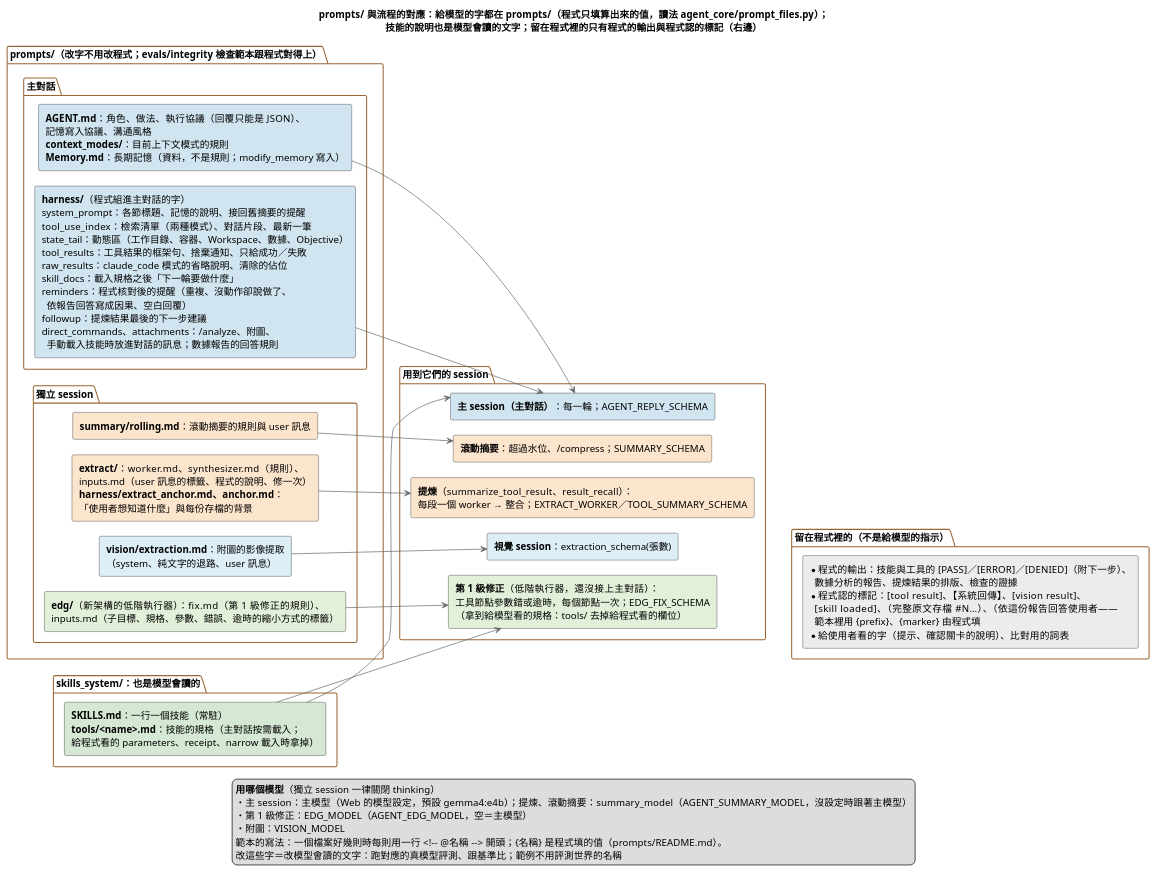
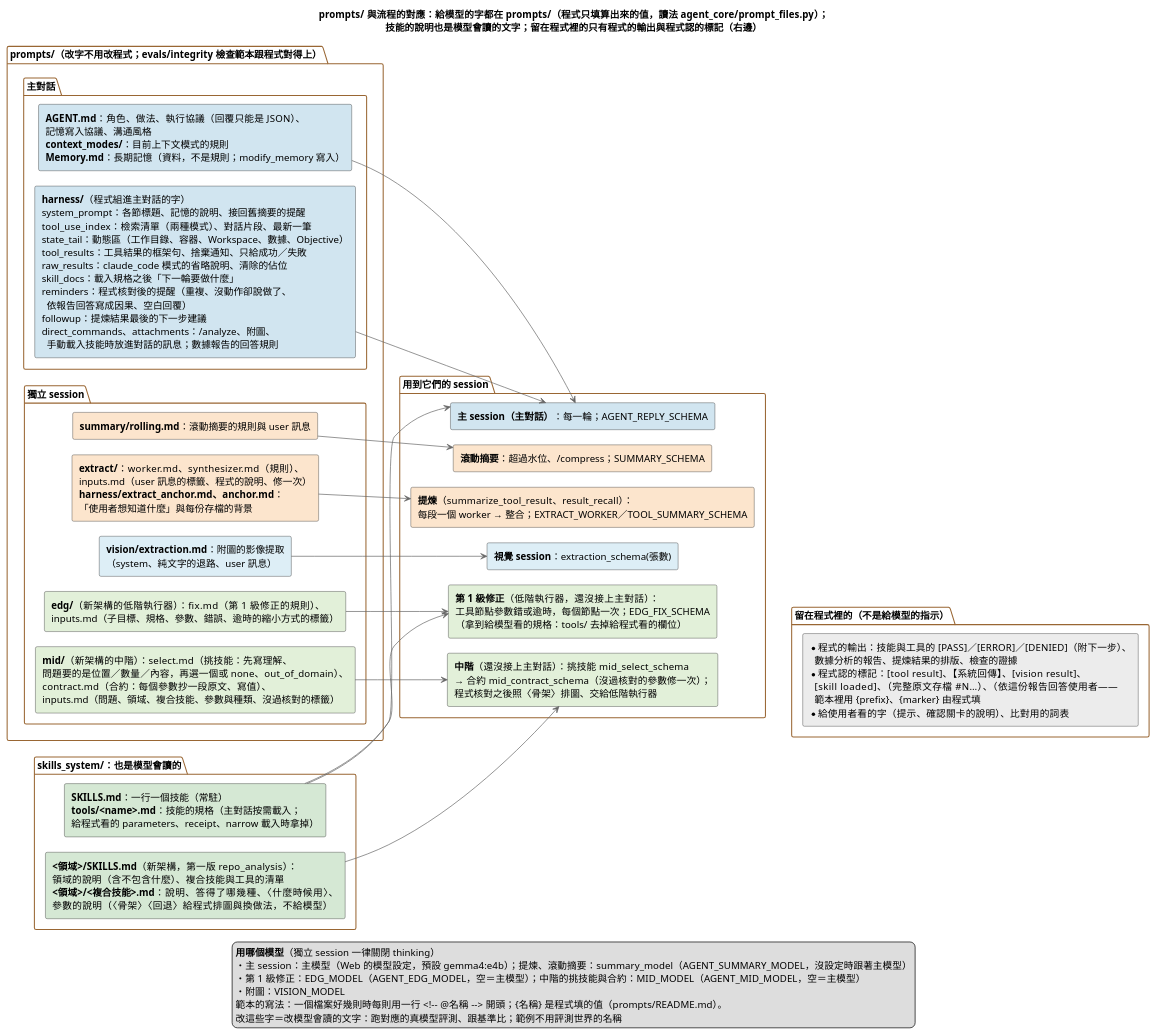
The diagram in doc/diagrams/prompts與流程的對應.puml (DavidZox/Coding_agnet), drawn with PlantUML before and after one commit. The commit also changed 18 other files, not shown here.

```diff
--- a/doc/diagrams/prompts與流程的對應.puml
+++ b/doc/diagrams/prompts與流程的對應.puml
@@ -1,116 +1,135 @@
 @startuml
 ' --- 樣式精準控制 ---
 skinparam shadowing false
 skinparam defaultFontName "Microsoft JhengHei"
 skinparam RectangleWidthMax 440
 skinparam PackageBorderColor #996633
 skinparam ArrowColor #666666
 skinparam ranksep 70
 skinparam nodesep 22
 left to right direction
 
 title prompts/ 與流程的對應：給模型的字都在 prompts/（程式只填算出來的值，讀法 agent_core/prompt_files.py）；\n技能的說明也是模型會讀的文字；留在程式裡的只有程式的輸出與程式認的標記（右邊）
 
 package "prompts/（改字不用改程式；evals/integrity 檢查範本跟程式對得上）" {
   package "主對話" {
     rectangle P_AGENT #D1E5F0 [
       **AGENT.md**：角色、做法、執行協議（回覆只能是 JSON）、
       記憶寫入協議、溝通風格
       **context_modes/**：目前上下文模式的規則
       **Memory.md**：長期記憶（資料，不是規則；modify_memory 寫入）
     ]
     rectangle P_HARNESS #D1E5F0 [
       **harness/**（程式組進主對話的字）
       system_prompt：各節標題、記憶的說明、接回舊摘要的提醒
       tool_use_index：檢索清單（兩種模式）、對話片段、最新一筆
       state_tail：動態區（工作目錄、容器、Workspace、數據、Objective）
       tool_results：工具結果的框架句、捨棄通知、只給成功／失敗
       raw_results：claude_code 模式的省略說明、清除的佔位
       skill_docs：載入規格之後「下一輪要做什麼」
       reminders：程式核對後的提醒（重複、沒動作卻說做了、
         依報告回答寫成因果、空白回覆）
       followup：提煉結果最後的下一步建議
       direct_commands、attachments：/analyze、附圖、
         手動載入技能時放進對話的訊息；數據報告的回答規則
     ]
   }
   package "獨立 session" {
     rectangle P_SUMMARY #FCE5CD [
       **summary/rolling.md**：滾動摘要的規則與 user 訊息
     ]
     rectangle P_EXTRACT #FCE5CD [
       **extract/**：worker.md、synthesizer.md（規則）、
       inputs.md（user 訊息的標籤、程式的說明、修一次）
       **harness/extract_anchor.md、anchor.md**：
       「使用者想知道什麼」與每份存檔的背景
     ]
     rectangle P_VISION #DDEEF6 [
       **vision/extraction.md**：附圖的影像提取
       （system、純文字的退路、user 訊息）
     ]
     rectangle P_EDG #E2F0D9 [
       **edg/**（新架構的低階執行器）：fix.md（第 1 級修正的規則）、
       inputs.md（子目標、規格、參數、錯誤、逾時的縮小方式的標籤）
     ]
+    rectangle P_MID #E2F0D9 [
+      **mid/**（新架構的中階）：select.md（挑技能：先寫理解、
+      問題要的是位置／數量／內容，再選一個或 none、out_of_domain）、
+      contract.md（合約：每個參數抄一段原文、寫值）、
+      inputs.md（問題、領域、複合技能、參數與種類、沒過核對的標籤）
+    ]
   }
 }
 
 package "skills_system/：也是模型會讀的" {
   rectangle K_ALL #D5E8D4 [
     **SKILLS.md**：一行一個技能（常駐）
     **tools/<name>.md**：技能的規格（主對話按需載入；
     給程式看的 parameters、receipt、narrow 載入時拿掉）
+  ]
+  rectangle K_DOMAIN #D5E8D4 [
+    **<領域>/SKILLS.md**（新架構，第一版 repo_analysis）：
+    領域的說明（含不包含什麼）、複合技能與工具的清單
+    **<領域>/<複合技能>.md**：說明、答得了哪幾種、〈什麼時候用〉、
+    參數的說明（〈骨架〉〈回退〉給程式排圖與換做法，不給模型）
   ]
 }
 
 package "用到它們的 session" {
   rectangle S_MAIN #D1E5F0 [
     **主 session（主對話）**：每一輪；AGENT_REPLY_SCHEMA
   ]
   rectangle S_SUMMARY #FCE5CD [
     **滾動摘要**：超過水位、/compress；SUMMARY_SCHEMA
   ]
   rectangle S_EXTRACT #FCE5CD [
     **提煉**（summarize_tool_result、result_recall）：
     每段一個 worker → 整合；EXTRACT_WORKER／TOOL_SUMMARY_SCHEMA
   ]
   rectangle S_VISION #DDEEF6 [
     **視覺 session**：extraction_schema(張數)
   ]
   rectangle S_EDG #E2F0D9 [
     **第 1 級修正**（低階執行器，還沒接上主對話）：
     工具節點參數錯或逾時，每個節點一次；EDG_FIX_SCHEMA
     （拿到給模型看的規格：tools/ 去掉給程式看的欄位）
   ]
+  rectangle S_MID #E2F0D9 [
+    **中階**（還沒接上主對話）：挑技能 mid_select_schema
+    → 合約 mid_contract_schema（沒過核對的參數修一次）；
+    程式核對之後照〈骨架〉排圖、交給低階執行器
+  ]
 }
 
 package "留在程式裡的（不是給模型的指示）" {
   rectangle C_LIST #ECECEC [
     * 程式的輸出：技能與工具的 [PASS]／[ERROR]／[DENIED]（附下一步）、
       數據分析的報告、提煉結果的排版、檢查的證據
     * 程式認的標記：[tool result]、【系統回傳】、[vision result]、
       [skill loaded]、（完整原文存檔 #N…）、（依這份報告回答使用者——
       範本裡用 {prefix}、{marker} 由程式填
     * 給使用者看的字（提示、確認關卡的說明）、比對用的詞表
   ]
 }
 
 P_AGENT --> S_MAIN
 P_HARNESS --> S_MAIN
 K_ALL --> S_MAIN
 P_SUMMARY --> S_SUMMARY
 P_EXTRACT --> S_EXTRACT
 P_VISION --> S_VISION
 P_EDG --> S_EDG
 K_ALL --> S_EDG
-S_EDG -[hidden]-> C_LIST
+P_MID --> S_MID
+K_DOMAIN --> S_MID
+S_MID -[hidden]-> C_LIST
 
 legend bottom
   **用哪個模型**（獨立 session 一律關閉 thinking）
   ・主 session：主模型（Web 的模型設定，預設 gemma4:e4b）；提煉、滾動摘要：summary_model（AGENT_SUMMARY_MODEL，沒設定時跟著主模型）
-  ・第 1 級修正：EDG_MODEL（AGENT_EDG_MODEL，空＝主模型）
+  ・第 1 級修正：EDG_MODEL（AGENT_EDG_MODEL，空＝主模型）；中階的挑技能與合約：MID_MODEL（AGENT_MID_MODEL，空＝主模型）
   ・附圖：VISION_MODEL
   範本的寫法：一個檔案好幾則時每則用一行 <!~-- @名稱 ~--> 開頭；{名稱} 是程式填的值（prompts/README.md）。
   改這些字＝改模型會讀的文字：跑對應的真模型評測、跟基準比；範例不用評測世界的名稱
 endlegend
 @enduml
```
